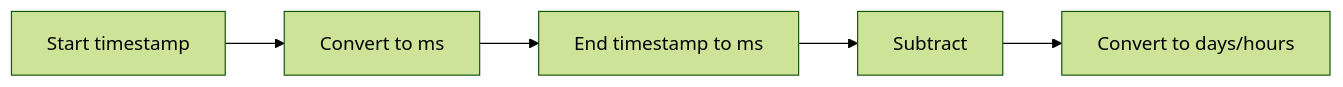
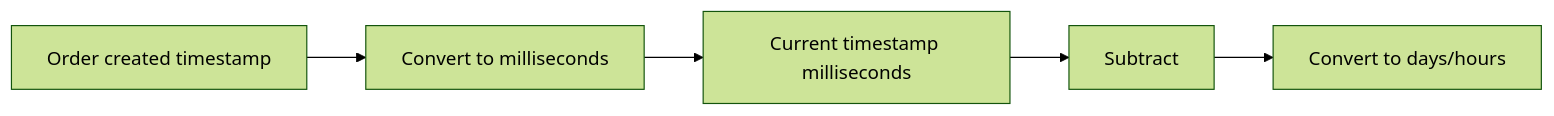
Before and after one commit to AbhishekDhone7/javascript-git-basics: diagram 47 of 51 in JavaScript-Beginners-Guide.md, drawn with Mermaid (forest theme). The commit also changed other lines of this file, not shown here.

````diff
--- a/JavaScript-Beginners-Guide.md
+++ b/JavaScript-Beginners-Guide.md
@@ -5669,7 +5674,7 @@
 ```mermaid
 flowchart LR
-A[Start timestamp] --> B[Convert to ms]
-B --> C[End timestamp to ms]
+A[Order created timestamp] --> B[Convert to milliseconds]
+B --> C[Current timestamp milliseconds]
 C --> D[Subtract]
 D --> E[Convert to days/hours]
 ```
````
